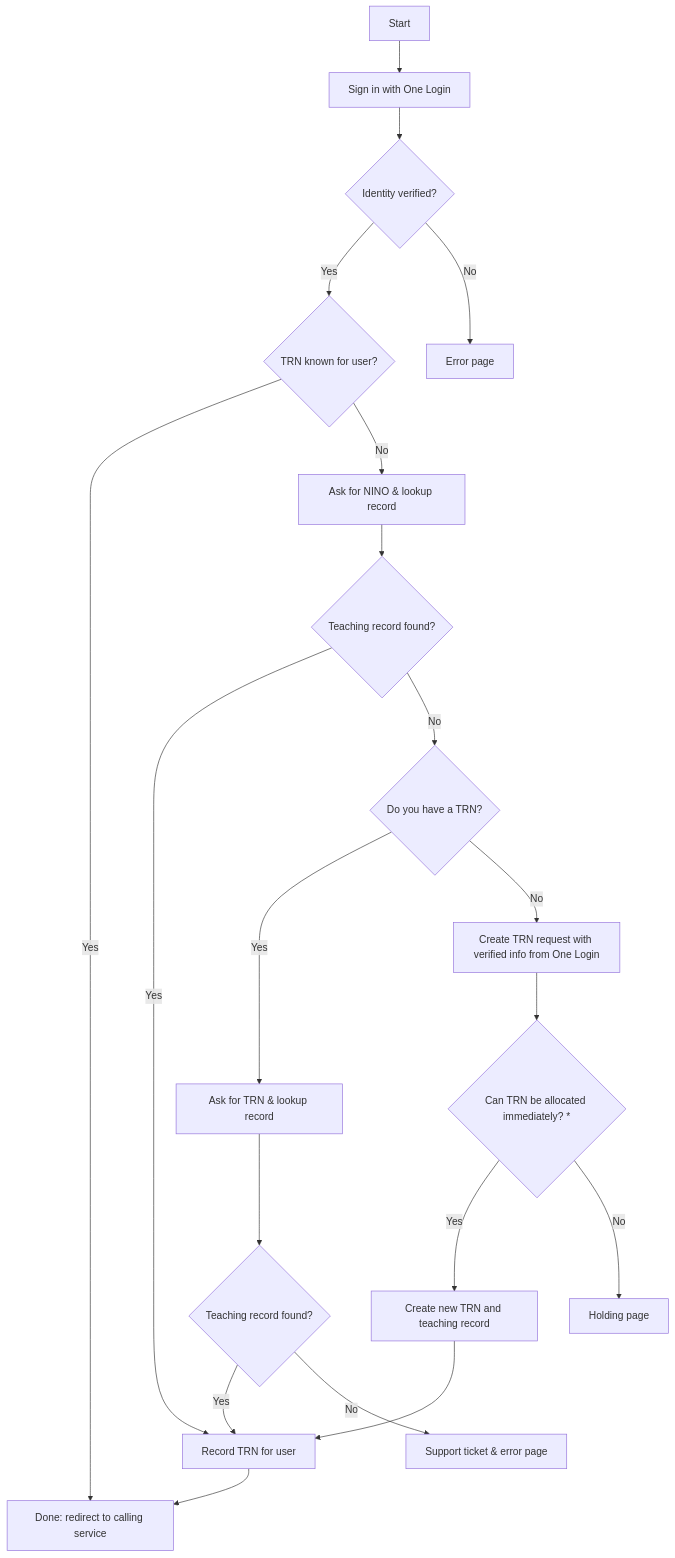
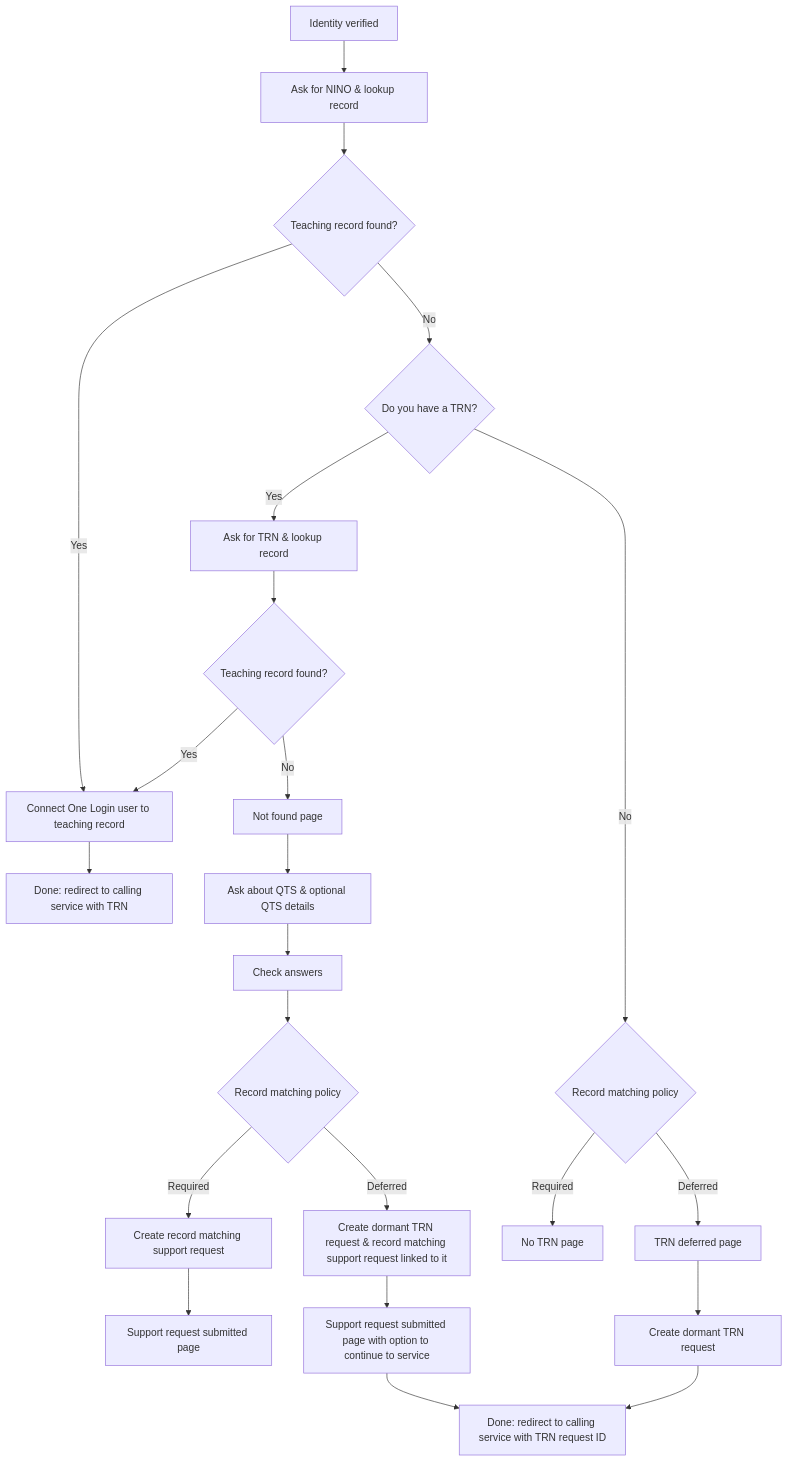
One commit to DFE-Digital/teaching-record-system changed the second of 4 diagrams in docs/trs-gov.one-login-flow.md. Above: the diagram before and after it, drawn with Mermaid. The commit also changed other lines of this file, not shown here.

First line of the commit message:
Update One Login flow docs to match implementation (#4011)

````diff
--- a/docs/trs-gov.one-login-flow.md
+++ b/docs/trs-gov.one-login-flow.md
@@ -29,23 +50,25 @@
 ```mermaid
   flowchart TD
-  Start[Start] --> OneLogin[Sign in with One Login]
-  OneLogin --> Verified{Identity verified?}
-  Verified -->|Yes| TrnKnown{TRN known for user?}
-  TrnKnown -->|Yes| Done
-  TrnKnown -->|No| Nino[Ask for NINO & lookup record]
+  Start[Identity verified] --> Nino[Ask for NINO & lookup record]
   Nino --> FoundAfterNino{Teaching record found?}
-  FoundAfterNino -->|Yes| RecordTrn[Record TRN for user]
-  RecordTrn --> Done
+  FoundAfterNino -->|Yes| RecordTrn[Connect One Login user to teaching record]
+  RecordTrn --> DoneTrn[Done: redirect to calling service with TRN]
   FoundAfterNino -->|No| DoYouHaveTrn{Do you have a TRN?}
   DoYouHaveTrn -->|Yes| Trn[Ask for TRN & lookup record]
-  DoYouHaveTrn -->|No| CreateTrnRequest[Create TRN request with verified info from One Login]
-  CreateTrnRequest --> CanAllocateImmediately{Can TRN be allocated immediately? *}
-  CanAllocateImmediately -->|Yes| CreateTrn[Create new TRN and teaching record]
-  CreateTrn -->RecordTrn
-  CanAllocateImmediately -->|No| HoldingPage[Holding page]
   Trn --> FoundAfterTrn{Teaching record found?}
   FoundAfterTrn -->|Yes| RecordTrn
-  FoundAfterTrn -->|No| LookupFailed[Support ticket & error page]
-  Verified -->|No| VerificationFailed[Error page]
-  Done[Done: redirect to calling service]
+  FoundAfterTrn -->|No| NotFound[Not found page]
+  NotFound --> Qts[Ask about QTS & optional QTS details]
+  Qts --> CheckAnswers[Check answers]
+  CheckAnswers --> PolicyAfterCheck{Record matching policy}
+  PolicyAfterCheck -->|Required| RecordMatchingTask[Create record matching support request]
+  RecordMatchingTask --> Submitted[Support request submitted page]
+  PolicyAfterCheck -->|Deferred| DormantWithTask[Create dormant TRN request & record matching support request linked to it]
+  DormantWithTask --> SubmittedContinue[Support request submitted page with option to continue to service]
+  SubmittedContinue --> DoneTrnRequest[Done: redirect to calling service with TRN request ID]
+  DoYouHaveTrn -->|No| PolicyNoTrn{Record matching policy}
+  PolicyNoTrn -->|Required| NoTrn[No TRN page]
+  PolicyNoTrn -->|Deferred| TrnDeferred[TRN deferred page]
+  TrnDeferred --> CreateDormant[Create dormant TRN request]
+  CreateDormant --> DoneTrnRequest
 ```
````
